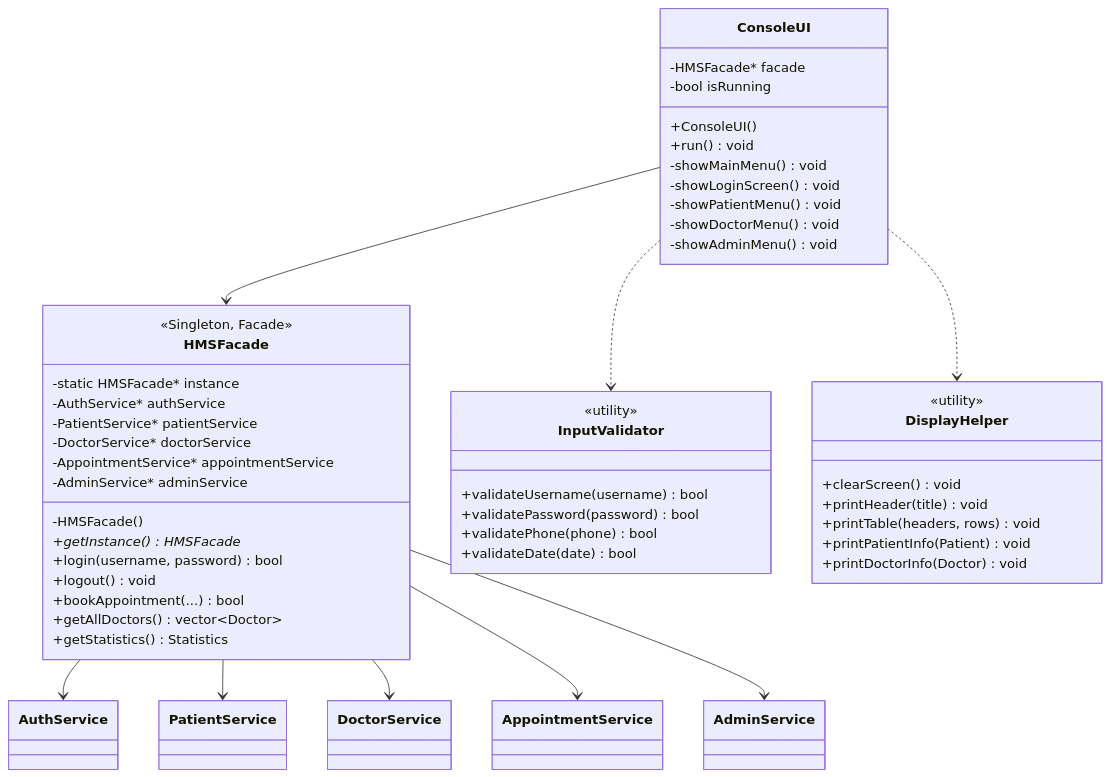
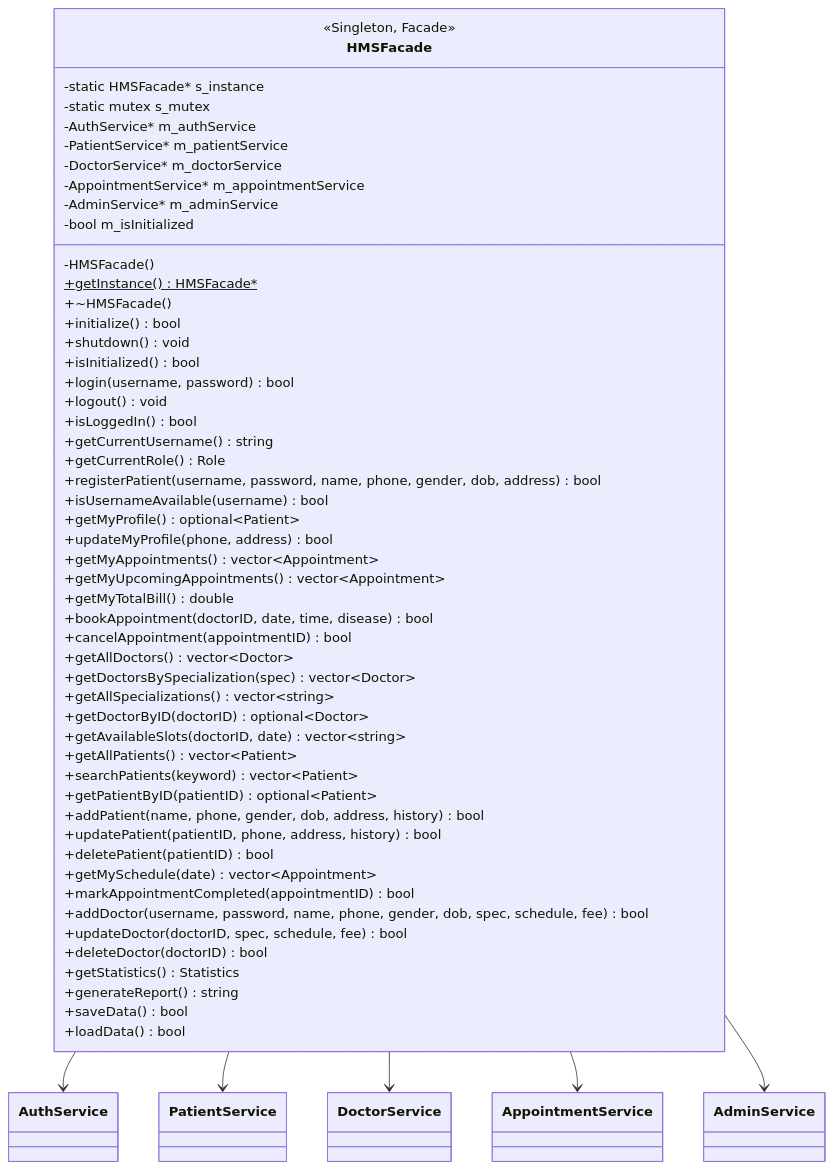
Diagram 20 of 23 in docs/diagrams/architecture-detailed.md (Zed-28-01/Hospital_Management_Project), drawn with Mermaid before and after one commit. The commit also changed other lines of this file and 2 other files, not shown here.

````diff
--- a/docs/diagrams/architecture-detailed.md
+++ b/docs/diagrams/architecture-detailed.md
@@ -406,57 +804,60 @@
 ```mermaid
 classDiagram
     class HMSFacade {
         <<Singleton, Facade>>
-        -static HMSFacade* instance
-        -AuthService* authService
-        -PatientService* patientService
-        -DoctorService* doctorService
-        -AppointmentService* appointmentService
-        -AdminService* adminService
+        -static HMSFacade* s_instance
+        -static mutex s_mutex
+        -AuthService* m_authService
+        -PatientService* m_patientService
+        -DoctorService* m_doctorService
+        -AppointmentService* m_appointmentService
+        -AdminService* m_adminService
+        -bool m_isInitialized
         -HMSFacade()
-        +getInstance() HMSFacade*
+        +getInstance()$ HMSFacade*
+        +~HMSFacade()
+        +initialize() bool
+        +shutdown() void
+        +isInitialized() bool
         +login(username, password) bool
         +logout() void
-        +bookAppointment(...) bool
+        +isLoggedIn() bool
+        +getCurrentUsername() string
+        +getCurrentRole() Role
+        +registerPatient(username, password, name, phone, gender, dob, address) bool
+        +isUsernameAvailable(username) bool
+        +getMyProfile() optional~Patient~
+        +updateMyProfile(phone, address) bool
+        +getMyAppointments() vector~Appointment~
+        +getMyUpcomingAppointments() vector~Appointment~
+        +getMyTotalBill() double
+        +bookAppointment(doctorID, date, time, disease) bool
+        +cancelAppointment(appointmentID) bool
         +getAllDoctors() vector~Doctor~
+        +getDoctorsBySpecialization(spec) vector~Doctor~
+        +getAllSpecializations() vector~string~
+        +getDoctorByID(doctorID) optional~Doctor~
+        +getAvailableSlots(doctorID, date) vector~string~
+        +getAllPatients() vector~Patient~
+        +searchPatients(keyword) vector~Patient~
+        +getPatientByID(patientID) optional~Patient~
+        +addPatient(name, phone, gender, dob, address, history) bool
+        +updatePatient(patientID, phone, address, history) bool
+        +deletePatient(patientID) bool
+        +getMySchedule(date) vector~Appointment~
+        +markAppointmentCompleted(appointmentID) bool
+        +addDoctor(username, password, name, phone, gender, dob, spec, schedule, fee) bool
+        +updateDoctor(doctorID, spec, schedule, fee) bool
+        +deleteDoctor(doctorID) bool
         +getStatistics() Statistics
+        +generateReport() string
+        +saveData() bool
+        +loadData() bool
     }
 
-    class ConsoleUI {
-        -HMSFacade* facade
-        -bool isRunning
-        +ConsoleUI()
-        +run() void
-        -showMainMenu() void
-        -showLoginScreen() void
-        -showPatientMenu() void
-        -showDoctorMenu() void
-        -showAdminMenu() void
-    }
-
-    class InputValidator {
-        <<utility>>
-        +validateUsername(username) bool
-        +validatePassword(password) bool
-        +validatePhone(phone) bool
-        +validateDate(date) bool
-    }
-
-    class DisplayHelper {
-        <<utility>>
-        +clearScreen() void
-        +printHeader(title) void
-        +printTable(headers, rows) void
-        +printPatientInfo(Patient) void
-        +printDoctorInfo(Doctor) void
-    }
-
-    ConsoleUI --> HMSFacade
-    ConsoleUI ..> InputValidator
-    ConsoleUI ..> DisplayHelper
     HMSFacade --> AuthService
     HMSFacade --> PatientService
     HMSFacade --> DoctorService
     HMSFacade --> AppointmentService
     HMSFacade --> AdminService
 ```
````
